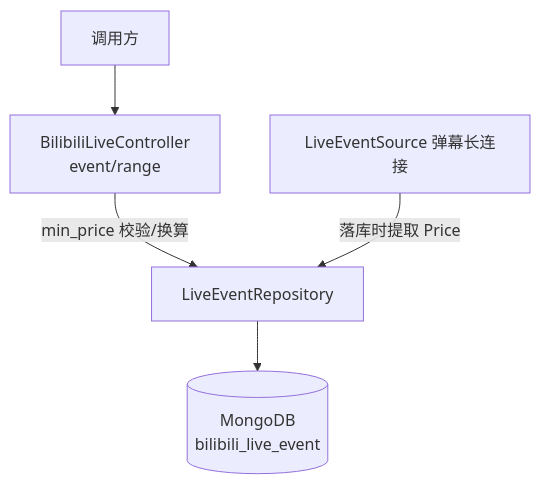
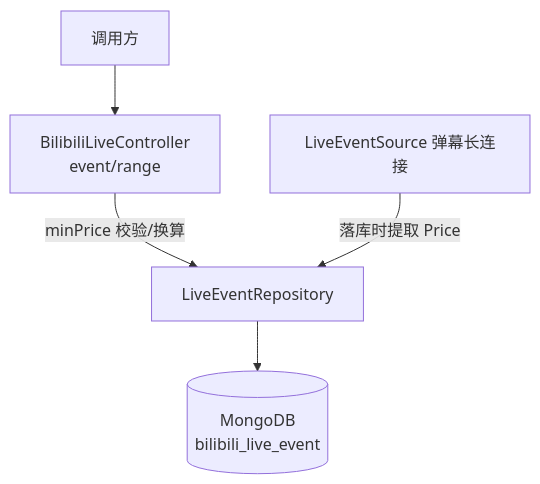
One commit to Deliay/z-vtuber changed the first of 2 diagrams in docs/engineering/proposals/20260817-proposal-gift-min-price-filter.md. Above: the diagram before and after it, drawn with Mermaid. The commit also changed other lines of this file and 1 other file, not shown here.

Commit message:
docs: 金额筛选参数统一为 camelCase minPrice

````diff
--- a/docs/engineering/proposals/20260817-proposal-gift-min-price-filter.md
+++ b/docs/engineering/proposals/20260817-proposal-gift-min-price-filter.md
@@ -52,7 +52,7 @@
 ```mermaid
 graph TD
     Client[调用方] --> API[BilibiliLiveController<br/>event/range]
-    API -->|min_price 校验/换算| LER[LiveEventRepository]
+    API -->|minPrice 校验/换算| LER[LiveEventRepository]
     LER --> M[(MongoDB<br/>bilibili_live_event)]
     LES[LiveEventSource 弹幕长连接] -->|落库时提取 Price| LER
 ```
````
